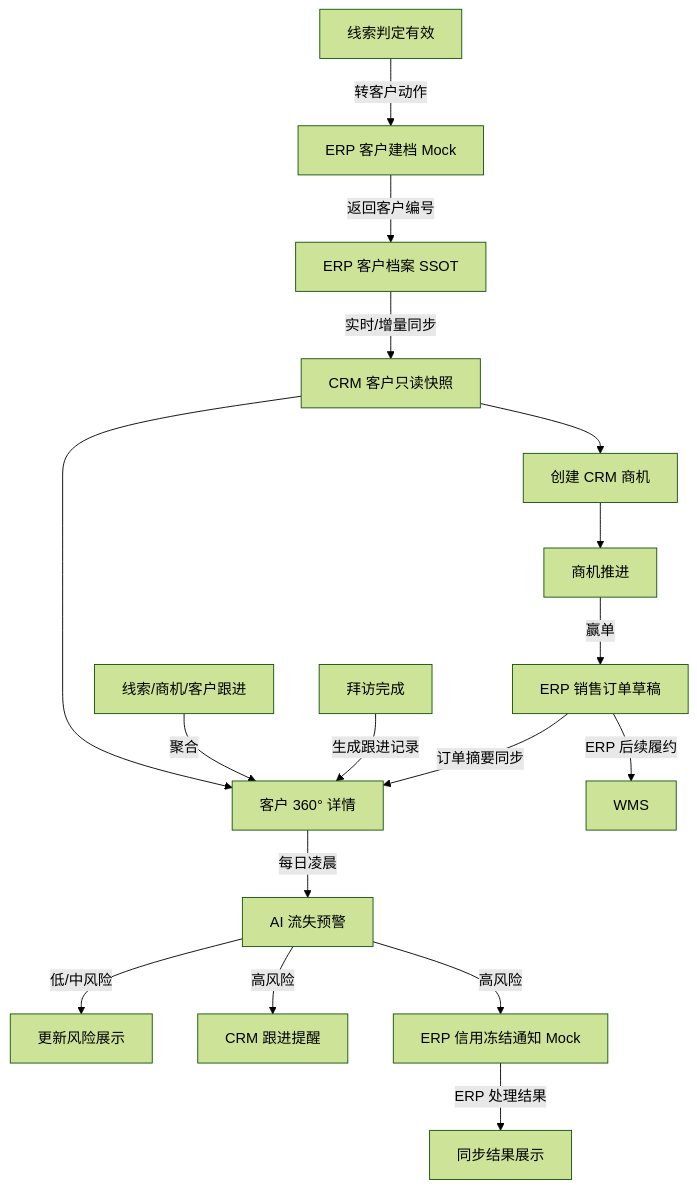
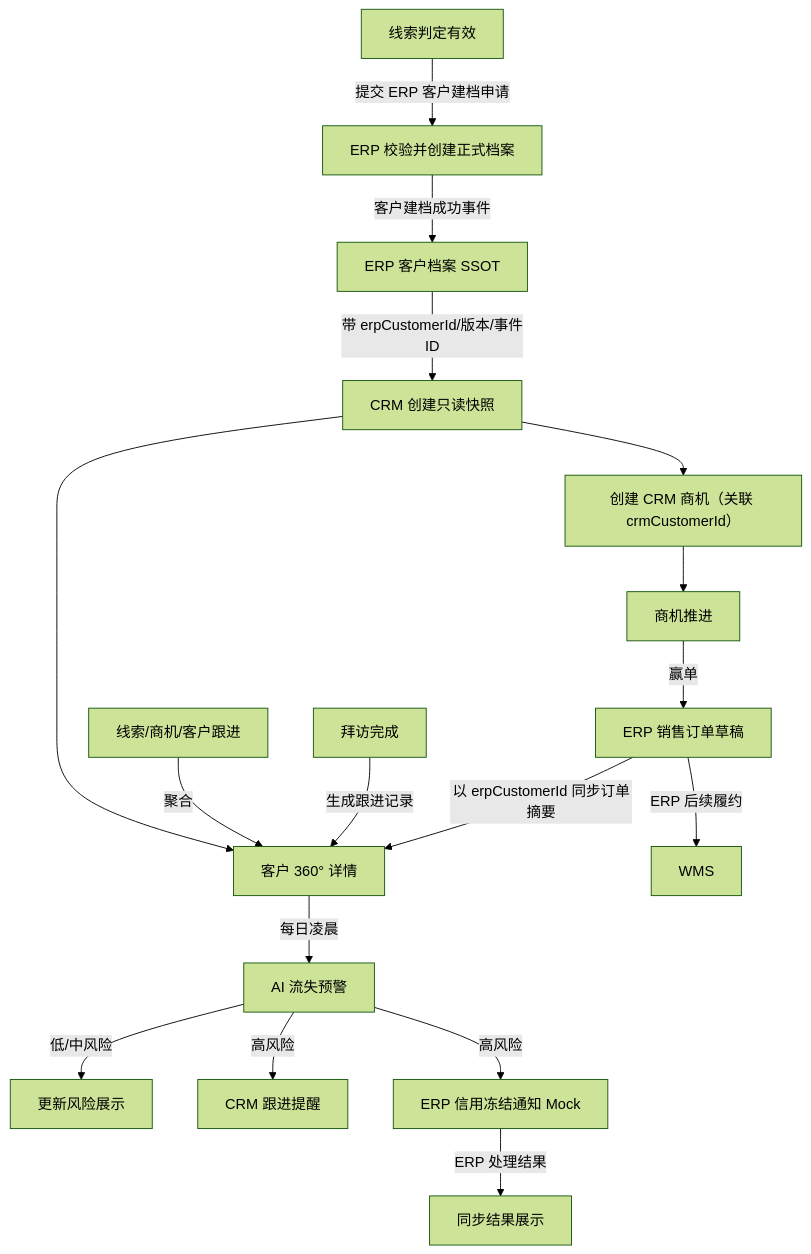
One commit to lophyJessica/forge-crm changed the first of 2 diagrams in prd-docs/客户管理/客户主PRD.md. Above: the diagram before and after it, drawn with Mermaid (forest theme). The commit also changed other lines of this file and 42 other files, not shown here.

````diff
--- a/prd-docs/客户管理/客户主PRD.md
+++ b/prd-docs/客户管理/客户主PRD.md
@@ -92,19 +106,19 @@
 ```mermaid
 flowchart TD
-    A["线索判定有效"] -->|转客户动作| B["ERP 客户建档 Mock"]
-    B -->|返回客户编号| C["ERP 客户档案 SSOT"]
-    C -->|实时/增量同步| D["CRM 客户只读快照"]
+    A["线索判定有效"] -->|提交 ERP 客户建档申请| B["ERP 校验并创建正式档案"]
+    B -->|客户建档成功事件| C["ERP 客户档案 SSOT"]
+    C -->|带 erpCustomerId/版本/事件ID| D["CRM 创建只读快照"]
     D --> E["客户 360° 详情"]
-    D --> F["创建 CRM 商机"]
+    D --> F["创建 CRM 商机（关联 crmCustomerId）"]
     F --> G["商机推进"]
     G -->|赢单| H["ERP 销售订单草稿"]
-    H -->|订单摘要同步| E
+    H -->|以 erpCustomerId 同步订单摘要| E
     I["线索/商机/客户跟进"] -->|聚合| E
     J["拜访完成"] -->|生成跟进记录| E
     E -->|每日凌晨| K["AI 流失预警"]
     K -->|低/中风险| L["更新风险展示"]
     K -->|高风险| M["CRM 跟进提醒"]
     K -->|高风险| N["ERP 信用冻结通知 Mock"]
     N -->|ERP 处理结果| O["同步结果展示"]
     H -->|ERP 后续履约| P["WMS"]
 ```
````
